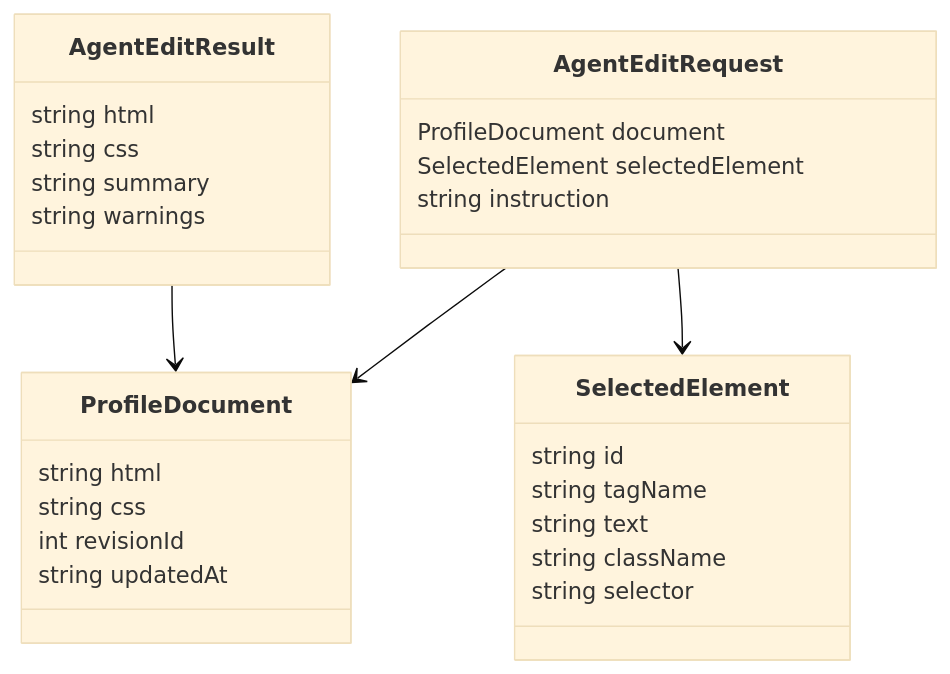
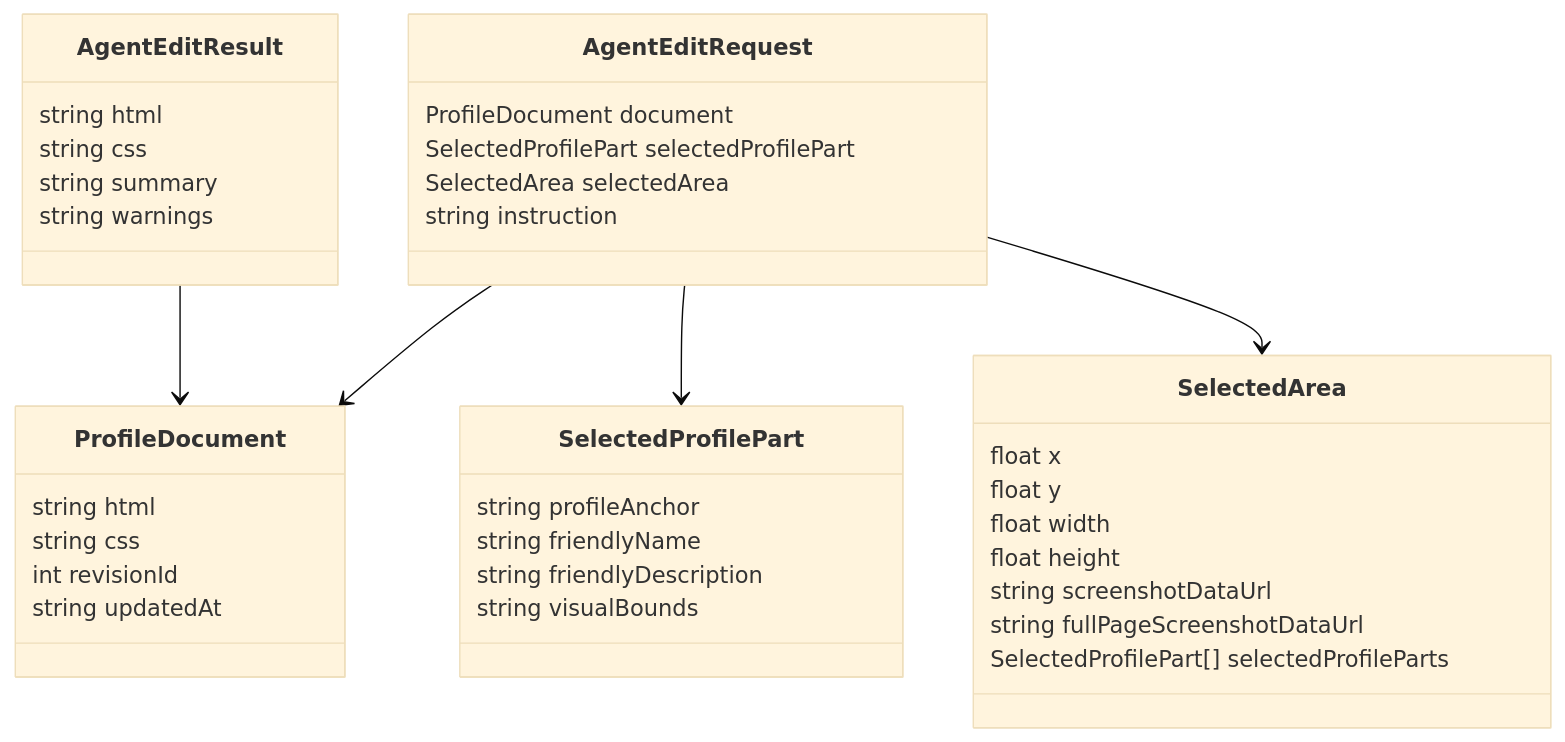
One commit to youngkidwarrior/vibespace changed the first of 2 diagrams in docs/GENERATIVE_HTML_CSS_AGENT_MODEL.md. Above: the diagram before and after it, drawn with Mermaid (base theme). The commit also changed other lines of this file and 46 other files, not shown here.

````diff
--- a/docs/GENERATIVE_HTML_CSS_AGENT_MODEL.md
+++ b/docs/GENERATIVE_HTML_CSS_AGENT_MODEL.md
@@ -9,34 +9,45 @@
 ```mermaid
 classDiagram
   class ProfileDocument {
     string html
     string css
     int revisionId
     string updatedAt
   }
 
-  class SelectedElement {
-    string id
-    string tagName
-    string text
-    string className
-    string selector
+  class SelectedProfilePart {
+    string profileAnchor
+    string friendlyName
+    string friendlyDescription
+    string visualBounds
+  }
+
+  class SelectedArea {
+    float x
+    float y
+    float width
+    float height
+    string screenshotDataUrl
+    string fullPageScreenshotDataUrl
+    SelectedProfilePart[] selectedProfileParts
   }
 
   class AgentEditRequest {
     ProfileDocument document
-    SelectedElement selectedElement
+    SelectedProfilePart selectedProfilePart
+    SelectedArea selectedArea
     string instruction
   }
 
   class AgentEditResult {
     string html
     string css
     string summary
     string warnings
   }
 
   AgentEditRequest --> ProfileDocument
-  AgentEditRequest --> SelectedElement
+  AgentEditRequest --> SelectedProfilePart
+  AgentEditRequest --> SelectedArea
   AgentEditResult --> ProfileDocument
 ```
````
